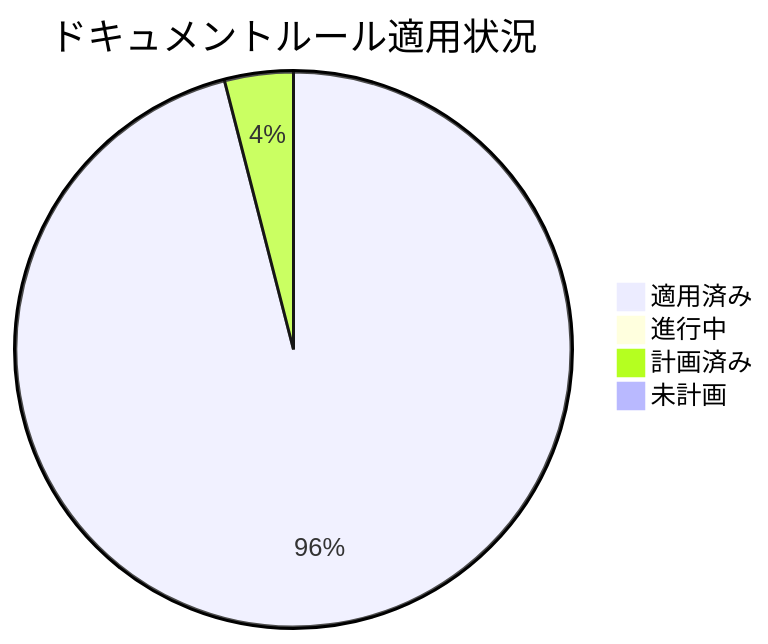
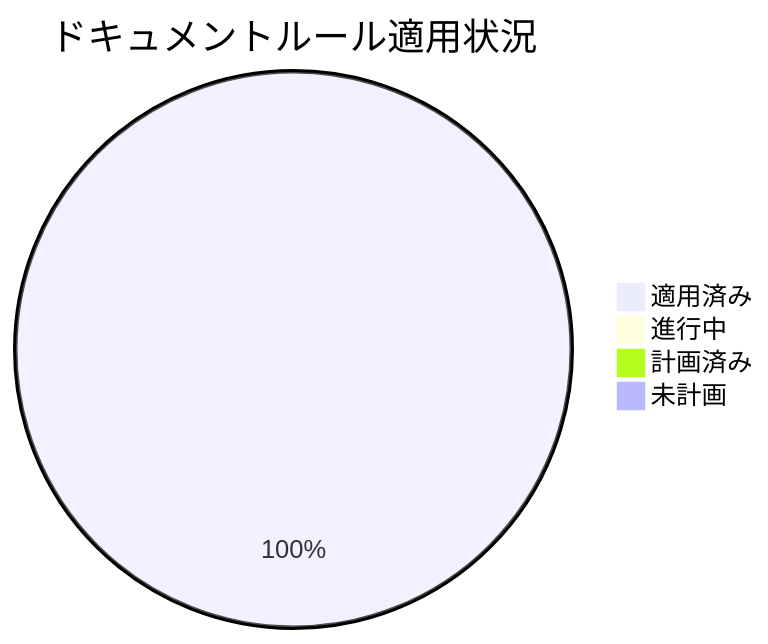
Before and after one commit to ToyB0x/git-resume: the first of 2 diagrams in docs/PLAN_AND_PROGRESS.md, drawn with Mermaid. The commit also changed other lines of this file and 4 other files, not shown here.

````diff
--- a/docs/PLAN_AND_PROGRESS.md
+++ b/docs/PLAN_AND_PROGRESS.md
@@ -128,7 +128,7 @@
 ```mermaid
 pie title ドキュメントルール適用状況
-    "適用済み" : 96
+    "適用済み" : 100
     "進行中" : 0
-    "計画済み" : 4
+    "計画済み" : 0
     "未計画" : 0
 ```
````
